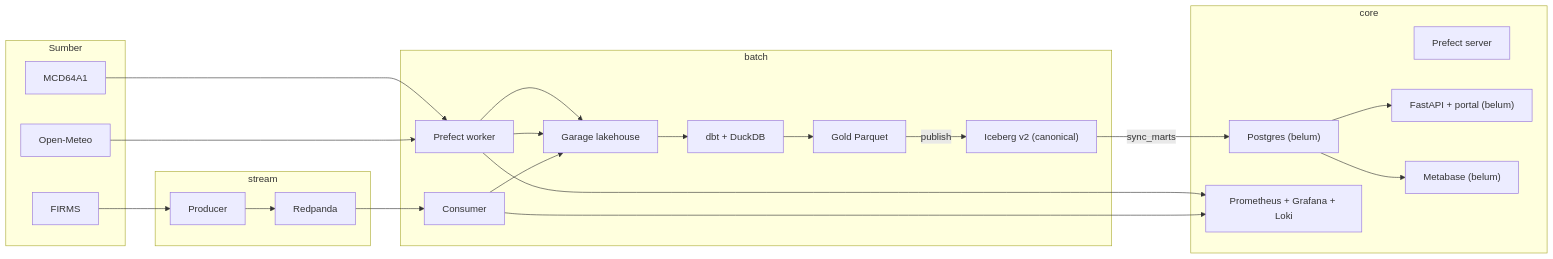
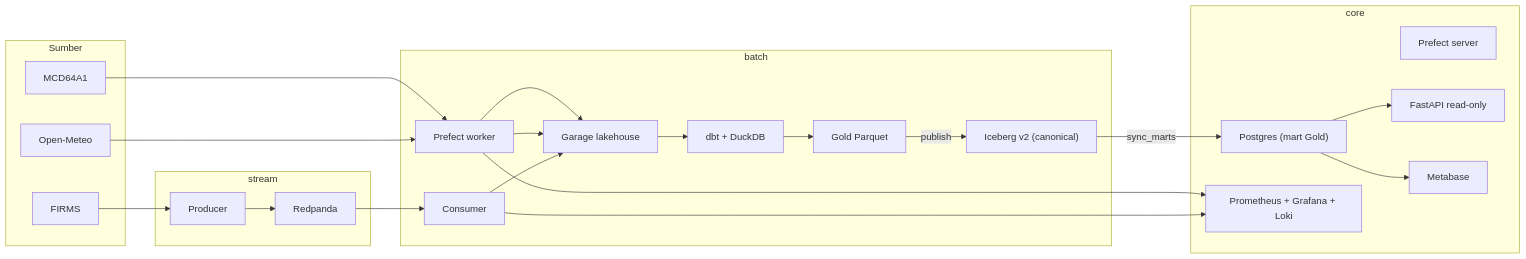
Before and after one commit to prayudahlah/karhutla-data-platform: the diagram in docs/architecture.md, drawn with Mermaid. The commit also changed other lines of this file and 25 other files, not shown here.

First line of the commit message:
feat(serving): API read-only, mart Postgres, dan dashboard

````diff
--- a/docs/architecture.md
+++ b/docs/architecture.md
@@ -20,41 +21,41 @@
 ```mermaid
 flowchart LR
   subgraph S["Sumber"]
     F["FIRMS"]
     O["Open-Meteo"]
     M["MCD64A1"]
   end
 
   subgraph ST["stream"]
     P["Producer"]
     R["Redpanda"]
   end
 
   subgraph B["batch"]
     C["Consumer"]
     G["Garage lakehouse"]
     PF["Prefect worker"]
     D["dbt + DuckDB"]
     GD["Gold Parquet"]
     ICE["Iceberg v2 (canonical)"]
   end
 
   subgraph CO["core"]
-    PG["Postgres (belum)"]
+    PG["Postgres (mart Gold)"]
     PS["Prefect server"]
-    API["FastAPI + portal (belum)"]
-    MB["Metabase (belum)"]
+    API["FastAPI read-only"]
+    MB["Metabase"]
     OBS["Prometheus + Grafana + Loki"]
   end
 
   F --> P --> R --> C --> G
   O --> PF --> G
   M --> PF --> G
   G --> D --> GD
   GD -->|publish| ICE
   ICE -->|sync_marts| PG
   PG --> API
   PG --> MB
   C --> OBS
   PF --> OBS
 ```
````
